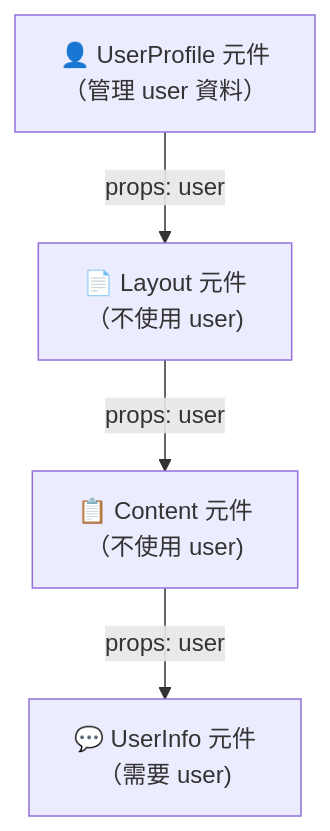
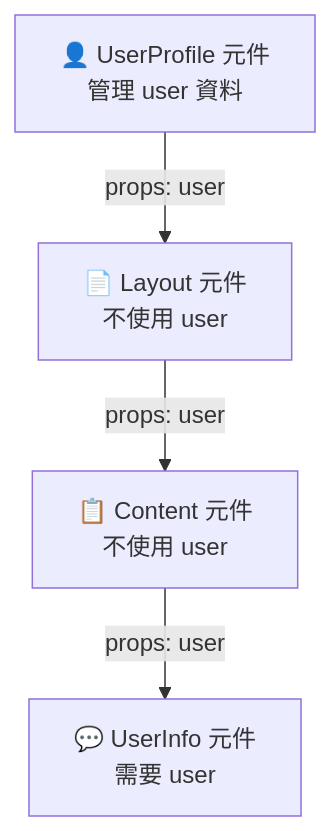
Before and after one commit to summer10920/summer10920.github.io: the first of 5 diagrams in source/_posts/lokiTech-js-react-19-of-4-context-reducer.md, drawn with Mermaid. The commit also changed other lines of this file and 1 other file, not shown here.

```diff
--- a/source/_posts/lokiTech-js-react-19-of-4-context-reducer.md
+++ b/source/_posts/lokiTech-js-react-19-of-4-context-reducer.md
@@ -36,10 +33,10 @@
 {% mermaid graph TD %}
-A["👤 UserProfile 元件<br/>（管理 user 資料）"]
-B["📄 Layout 元件<br/>（不使用 user)"]
-C["📋 Content 元件<br/>（不使用 user)"]
-D["💬 UserInfo 元件<br/>（需要 user)"]
+A["👤 UserProfile 元件<br/>管理 user 資料"]
+B["📄 Layout 元件<br/>不使用 user"]
+C["📋 Content 元件<br/>不使用 user"]
+D["💬 UserInfo 元件<br/>需要 user"]
 
 A -->|"props: user"| B
 B -->|"props: user"| C
 C -->|"props: user"| D
 {% endmermaid %}
```
